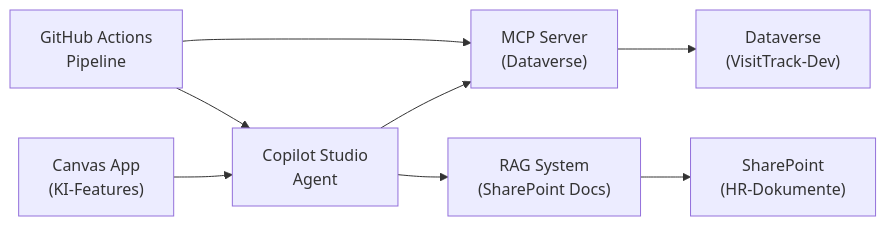
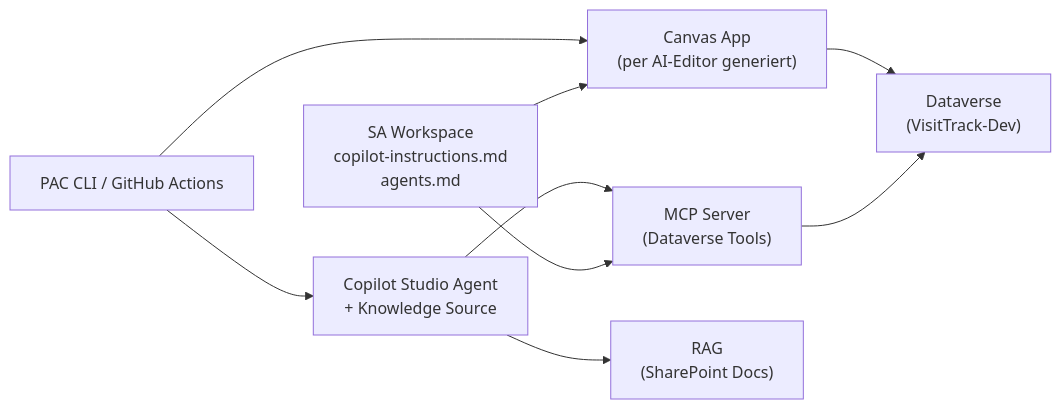
The diagram in m09-agentic-ai-mcp/hands-on.md (kodschul/kodschul-sol-arch), drawn with Mermaid before and after one commit. The commit also changed other lines of this file and 22 other files, not shown here.

````diff
--- a/m09-agentic-ai-mcp/hands-on.md
+++ b/m09-agentic-ai-mcp/hands-on.md
@@ -13,10 +13,11 @@
 ```mermaid
 flowchart LR
-    APP["Canvas App\n(KI-Features)"] --> AGENT["Copilot Studio\nAgent"]
-    AGENT --> MCP["MCP Server\n(Dataverse)"]
-    AGENT --> RAG["RAG System\n(SharePoint Docs)"]
+    WS["SA Workspace\ncopilot-instructions.md\nagents.md"] --> MCP["MCP Server\n(Dataverse Tools)"]
+    WS --> APP["Canvas App\n(per AI-Editor generiert)"]
     MCP --> DV["Dataverse\n(VisitTrack-Dev)"]
-    RAG --> SP["SharePoint\n(HR-Dokumente)"]
-    DEPLOY["GitHub Actions\nPipeline"] --> AGENT
-    DEPLOY --> MCP
+    APP --> DV
+    CS["Copilot Studio Agent\n+ Knowledge Source"] --> MCP
+    CS --> RAG["RAG\n(SharePoint Docs)"]
+    DEPLOY["PAC CLI / GitHub Actions"] --> CS
+    DEPLOY --> APP
 ```
````
